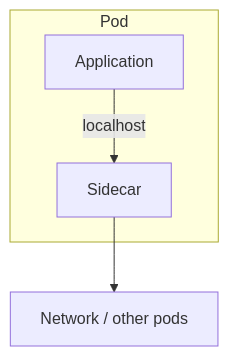
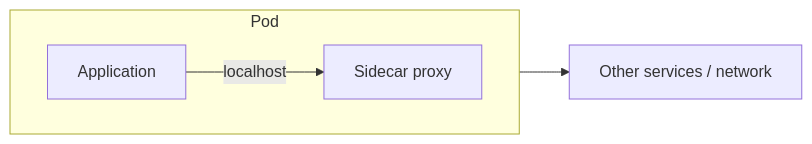
Before and after one commit to hareramcse/SystemDesign: diagram 13 of 22 in 08-microservices/README.md, drawn with Mermaid. The commit also changed other lines of this file and 14 other files, not shown here.

````diff
--- a/08-microservices/README.md
+++ b/08-microservices/README.md
@@ -1842,9 +1195,8 @@
 ```mermaid
-flowchart TB
+flowchart LR
     subgraph Pod
-        APP[Application]
-        SC[Sidecar]
-        APP -->|localhost| SC
+        direction LR
+        APP[Application] -->|localhost| SC[Sidecar proxy]
     end
-    SC --> EXT[Network / other pods]
+    SC --> EXT[Other services / network]
 ```
````
